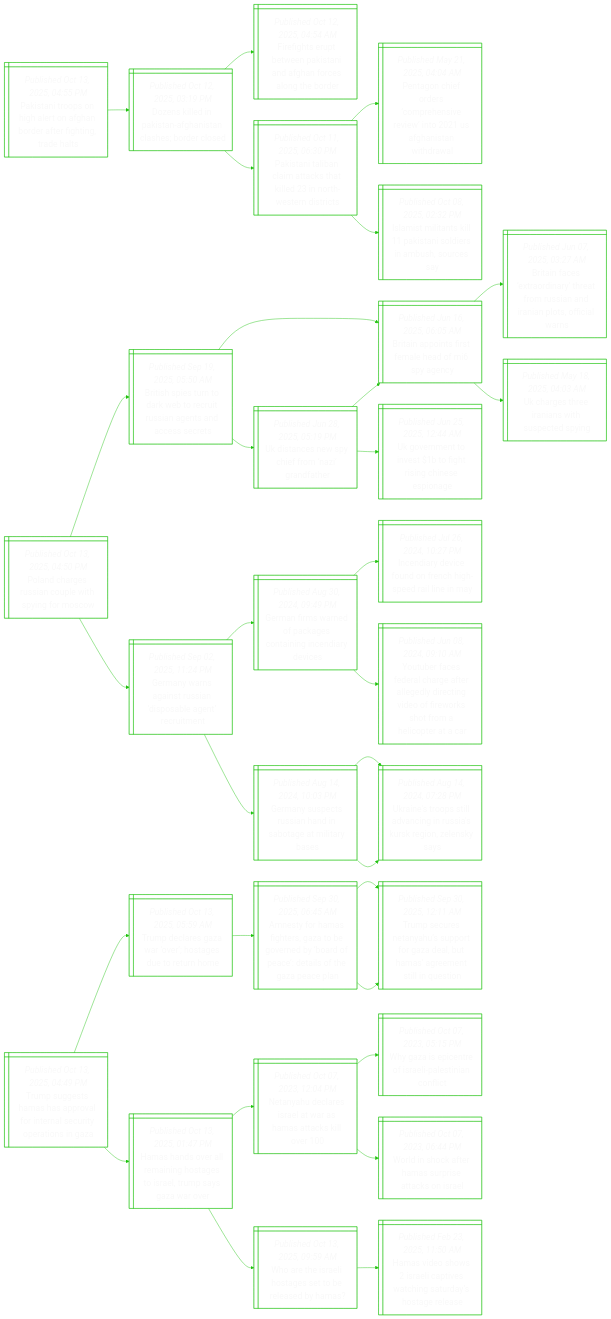
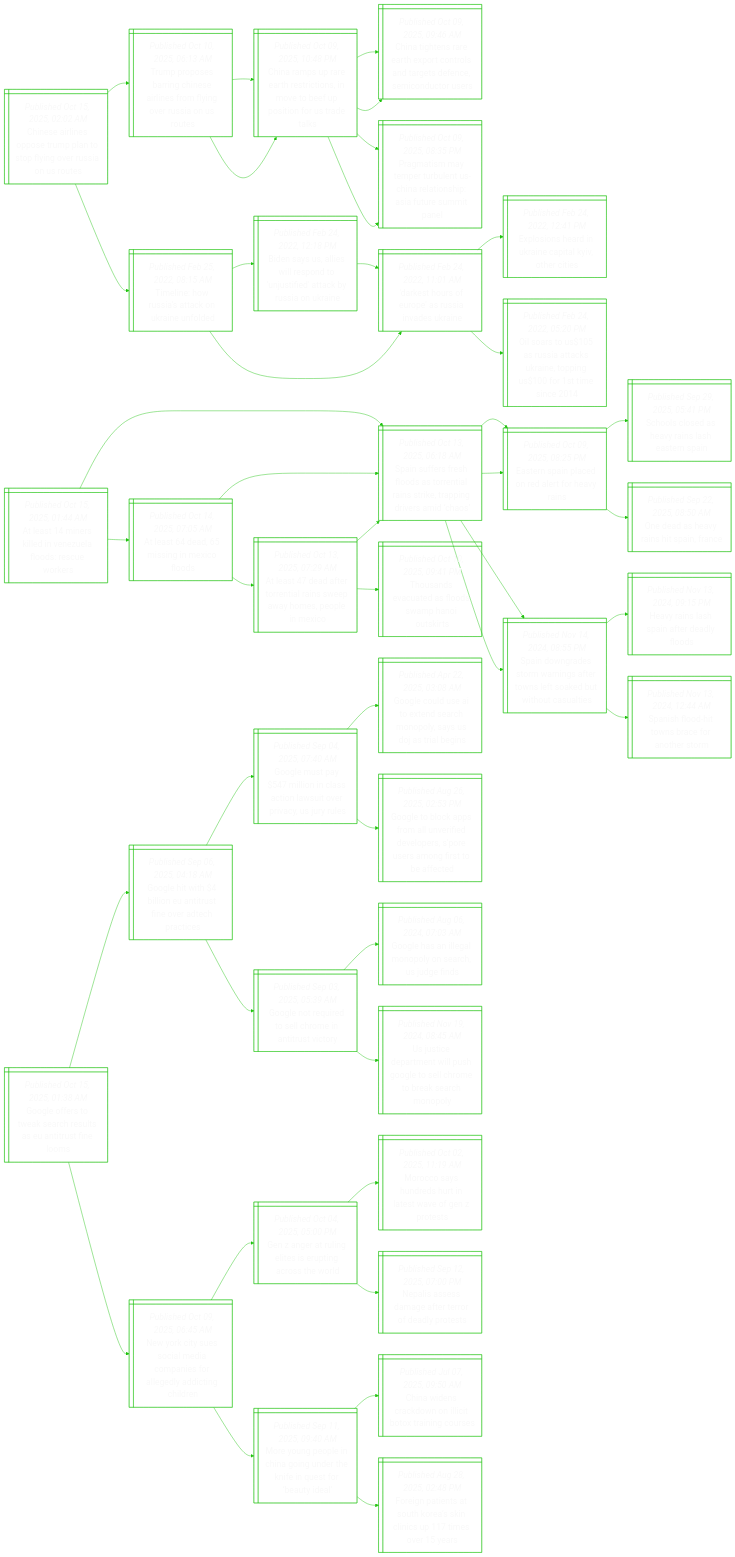
Before and after one commit to notJmes/notJmes: the diagram in README.md, drawn with Mermaid. The commit also changed other lines of this file, not shown here.

````diff
--- a/README.md
+++ b/README.md
@@ -16,103 +16,139 @@
 flowchart LR
 classDef txtsize font-size:20px;
 
-Ptrohtgoafial@{ shape: win-pane, label: "_Published Oct 13, 2025, 04:55 PM_
-Pakistani troops on high alert on afghan border after fighting, trade halts" }
-Dseaahtabre@{ shape: win-pane, label: "_Published Oct 12, 2025, 03:19 PM_
-Dozens killed in pakistan-afghanistan clashes; border closed" }
-Fiebeiiffsgo@{ shape: win-pane, label: "_Published Oct 12, 2025, 04:54 AM_
-Firefights erupt between pakistani and afghan forces along the border" }
-Ptanmcalnwrts@{ shape: win-pane, label: "_Published Oct 11, 2025, 06:30 PM_
-Pakistani taliban claim attacks that killed 23 in north-western districts" }
-Pgidohvitfiwr@{ shape: win-pane, label: "_Published May 21, 2025, 04:04 AM_
-Pentagon chief orders ‘comprehensive review’ into 2021 us afghanistan withdrawal" }
-Iiltlsseahcy@{ shape: win-pane, label: "_Published Oct 08, 2025, 02:32 PM_
-Islamist militants kill 11 pakistani soldiers in ambush, sources say" }
+CsloeptpnriSe@{ shape: win-pane, label: "_Published Oct 15, 2025, 02:02 AM_
+Chinese airlines oppose trump plan to stop flying over russia on us routes" }
+TpsrCslflouoo@{ shape: win-pane, label: "_Published Oct 10, 2025, 06:13 AM_
+Trump proposes barring chinese airlines from flying over russia on us routes" }
+Cruehromouiftt@{ shape: win-pane, label: "_Published Oct 09, 2025, 10:48 PM_
+China ramps up rare earth restrictions, in move to beef up position for us trade talks" }
+Ctertonsasnmdrs@{ shape: win-pane, label: "_Published Oct 09, 2025, 09:46 AM_
+China tightens rare earth export controls and targets defence, semiconductor users" }
+PammueCriiarmn@{ shape: win-pane, label: "_Published Oct 09, 2025, 08:35 PM_
+Pragmatism may temper turbulent us-china relationship: asia future summit panel" }
+Cruehromouiftt@{ shape: win-pane, label: "_Published Oct 09, 2025, 10:48 PM_
+China ramps up rare earth restrictions, in move to beef up position for us trade talks" }
+Ctertonsasnmdrs@{ shape: win-pane, label: "_Published Oct 09, 2025, 09:46 AM_
+China tightens rare earth export controls and targets defence, semiconductor users" }
+PammueCriiarmn@{ shape: win-pane, label: "_Published Oct 09, 2025, 08:35 PM_
+Pragmatism may temper turbulent us-china relationship: asia future summit panel" }
+Tiwitnifd@{ shape: win-pane, label: "_Published Feb 25, 2022, 08:15 AM_
+Timeline: how russia's attack on ukraine unfolded" }
+DsruasvUn@{ shape: win-pane, label: "_Published Feb 24, 2022, 11:01 AM_
+'darkest hours of europe' as russia invades ukraine" }
+Eshiaalocs@{ shape: win-pane, label: "_Published Feb 24, 2022, 12:41 PM_
+Explosions heard in ukraine capital kyiv, other cities" }
+OaUuakaogrmc@{ shape: win-pane, label: "_Published Feb 24, 2022, 05:20 PM_
+Oil soars to us$105 as russia attacks ukraine, topping us$100 for 1st time since 2014" }
+BsSeloutdcuoa@{ shape: win-pane, label: "_Published Feb 24, 2022, 12:18 PM_
+Biden says us, allies will respond to 'unjustified' attack by russia on ukraine" }
+DsruasvUn@{ shape: win-pane, label: "_Published Feb 24, 2022, 11:01 AM_
+'darkest hours of europe' as russia invades ukraine" }
 
-Ptrohtgoafial:::txtsize --> Dseaahtabre:::txtsize
-Dseaahtabre:::txtsize --> Fiebeiiffsgo:::txtsize
-Dseaahtabre:::txtsize --> Ptanmcalnwrts:::txtsize
-Ptanmcalnwrts:::txtsize --> Pgidohvitfiwr:::txtsize
-Ptanmcalnwrts:::txtsize --> Iiltlsseahcy:::txtsize
+CsloeptpnriSe:::txtsize --> TpsrCslflouoo:::txtsize
+TpsrCslflouoo:::txtsize --> Cruehromouiftt:::txtsize
+Cruehromouiftt:::txtsize --> Ctertonsasnmdrs:::txtsize
+Cruehromouiftt:::txtsize --> PammueCriiarmn:::txtsize
+TpsrCslflouoo:::txtsize --> Cruehromouiftt:::txtsize
+Cruehromouiftt:::txtsize --> Ctertonsasnmdrs:::txtsize
+Cruehromouiftt:::txtsize --> PammueCriiarmn:::txtsize
+CsloeptpnriSe:::txtsize --> Tiwitnifd:::txtsize
+Tiwitnifd:::txtsize --> DsruasvUn:::txtsize
+DsruasvUn:::txtsize --> Eshiaalocs:::txtsize
+DsruasvUn:::txtsize --> OaUuakaogrmc:::txtsize
+Tiwitnifd:::txtsize --> BsSeloutdcuoa:::txtsize
+BsSeloutdcuoa:::txtsize --> DsruasvUn:::txtsize
 
-Pdgscesgo@{ shape: win-pane, label: "_Published Oct 13, 2025, 04:50 PM_
-Poland charges russian couple with spying for moscow" }
-Bsenrtruntase@{ shape: win-pane, label: "_Published Sep 19, 2025, 05:50 AM_
-British spies turn to dark web to recruit russian agents and access secrets" }
-Bioffeopn@{ shape: win-pane, label: "_Published Jun 16, 2025, 06:05 AM_
-Britain appoints first female head of mi6 spy agency" }
-BierittRaIatiw@{ shape: win-pane, label: "_Published Jun 07, 2025, 03:27 AM_
-Britain faces ‘extraordinary’ threat from russian and iranian plots, official warns" }
-Urhrnhesg@{ shape: win-pane, label: "_Published May 18, 2025, 04:03 AM_
-Uk charges three iranians with suspected spying" }
-Utspemgfr@{ shape: win-pane, label: "_Published Jun 28, 2025, 05:19 PM_
-Uk distances new spy chief from ‘nazi’ grandfather" }
-Bioffeopn@{ shape: win-pane, label: "_Published Jun 16, 2025, 06:05 AM_
-Britain appoints first female head of mi6 spy agency" }
-Uennbgsheo@{ shape: win-pane, label: "_Published Jun 25, 2025, 12:44 AM_
-Uk government to invest $1b to fight rising chinese espionage" }
-Gnniunoetun@{ shape: win-pane, label: "_Published Sep 02, 2025, 11:24 PM_
-Germany warns against russian ‘disposable agent’ recruitment" }
-Gnseaetneri@{ shape: win-pane, label: "_Published Aug 30, 2024, 09:49 PM_
-German firms warned of packages containing incendiary devices" }
-Iddedeieiey@{ shape: win-pane, label: "_Published Jul 26, 2024, 10:27 PM_
-Incendiary device found on french high-speed rail line in may" }
-Ybcdcergdtifwsrept@{ shape: win-pane, label: "_Published Jun 08, 2024, 09:10 AM_
-Youtuber faces federal charge after allegedly directing video of fireworks shot from a helicopter at a car" }
-GnpRadbelys@{ shape: win-pane, label: "_Published Aug 14, 2024, 10:03 PM_
-Germany suspects russian hand in sabotage at military bases" }
-UnotdiRasily@{ shape: win-pane, label: "_Published Aug 14, 2024, 07:28 PM_
-Ukraine's troops still advancing in russia's kursk region, zelensky says" }
-UnotdiRasily@{ shape: win-pane, label: "_Published Aug 14, 2024, 07:28 PM_
-Ukraine's troops still advancing in russia's kursk region, zelensky says" }
+Aselnzfsuk@{ shape: win-pane, label: "_Published Oct 15, 2025, 01:44 AM_
+At least 14 miners killed in venezuela floods: rescue workers" }
+AsdiMod@{ shape: win-pane, label: "_Published Oct 14, 2025, 07:05 AM_
+At least 64 dead, 65 missing in mexico floods" }
+Asdrelsphpex@{ shape: win-pane, label: "_Published Oct 13, 2025, 07:29 AM_
+At least 47 dead after torrential rains sweep away homes, people in mexico" }
+Ssrsotnrseprsc@{ shape: win-pane, label: "_Published Oct 13, 2025, 06:18 AM_
+Spain suffers fresh floods as torrential rains strike, trapping drivers amid ‘chaos’" }
+Tavtfspik@{ shape: win-pane, label: "_Published Oct 10, 2025, 09:41 PM_
+Thousands evacuated as floods swamp hanoi outskirts" }
+Ssrsotnrseprsc@{ shape: win-pane, label: "_Published Oct 13, 2025, 06:18 AM_
+Spain suffers fresh floods as torrential rains strike, trapping drivers amid ‘chaos’" }
+Ericrerys@{ shape: win-pane, label: "_Published Oct 09, 2025, 08:25 PM_
+Eastern spain placed on red alert for heavy rains" }
+Sdrswntwfktosi@{ shape: win-pane, label: "_Published Nov 14, 2024, 08:55 PM_
+Spain downgrades storm warnings after towns left soaked but without casualties" }
+Ssrsotnrseprsc@{ shape: win-pane, label: "_Published Oct 13, 2025, 06:18 AM_
+Spain suffers fresh floods as torrential rains strike, trapping drivers amid ‘chaos’" }
+Ericrerys@{ shape: win-pane, label: "_Published Oct 09, 2025, 08:25 PM_
+Eastern spain placed on red alert for heavy rains" }
+Slshrlann@{ shape: win-pane, label: "_Published Sep 29, 2025, 05:41 PM_
+Schools closed as heavy rains lash eastern spain" }
+Oaeaiin@{ shape: win-pane, label: "_Published Sep 22, 2025, 08:50 AM_
+One dead as heavy rains hit spain, france" }
+Sdrswntwfktosi@{ shape: win-pane, label: "_Published Nov 14, 2024, 08:55 PM_
+Spain downgrades storm warnings after towns left soaked but without casualties" }
+Hrlpfefs@{ shape: win-pane, label: "_Published Nov 13, 2024, 09:15 PM_
+Heavy rains lash spain after deadly floods" }
+Ssotbfos@{ shape: win-pane, label: "_Published Nov 13, 2024, 12:44 AM_
+Spanish flood-hit towns brace for another storm" }
 
-Pdgscesgo:::txtsize --> Bsenrtruntase:::txtsize
-Bsenrtruntase:::txtsize --> Bioffeopn:::txtsize
-Bioffeopn:::txtsize --> BierittRaIatiw:::txtsize
-Bioffeopn:::txtsize --> Urhrnhesg:::txtsize
-Bsenrtruntase:::txtsize --> Utspemgfr:::txtsize
-Utspemgfr:::txtsize --> Bioffeopn:::txtsize
-Utspemgfr:::txtsize --> Uennbgsheo:::txtsize
-Pdgscesgo:::txtsize --> Gnniunoetun:::txtsize
-Gnniunoetun:::txtsize --> Gnseaetneri:::txtsize
-Gnseaetneri:::txtsize --> Iddedeieiey:::txtsize
-Gnseaetneri:::txtsize --> Ybcdcergdtifwsrept:::txtsize
-Gnniunoetun:::txtsize --> GnpRadbelys:::txtsize
-GnpRadbelys:::txtsize --> UnotdiRasily:::txtsize
-GnpRadbelys:::txtsize --> UnotdiRasily:::txtsize
+Aselnzfsuk:::txtsize --> AsdiMod:::txtsize
+AsdiMod:::txtsize --> Asdrelsphpex:::txtsize
+Asdrelsphpex:::txtsize --> Ssrsotnrseprsc:::txtsize
+Asdrelsphpex:::txtsize --> Tavtfspik:::txtsize
+AsdiMod:::txtsize --> Ssrsotnrseprsc:::txtsize
+Ssrsotnrseprsc:::txtsize --> Ericrerys:::txtsize
+Ssrsotnrseprsc:::txtsize --> Sdrswntwfktosi:::txtsize
+Aselnzfsuk:::txtsize --> Ssrsotnrseprsc:::txtsize
+Ssrsotnrseprsc:::txtsize --> Ericrerys:::txtsize
+Ericrerys:::txtsize --> Slshrlann:::txtsize
+Ericrerys:::txtsize --> Oaeaiin:::txtsize
+Ssrsotnrseprsc:::txtsize --> Sdrswntwfktosi:::txtsize
+Sdrswntwfktosi:::txtsize --> Hrlpfefs:::txtsize
+Sdrswntwfktosi:::txtsize --> Ssotbfos:::txtsize
 
-TssmsooesieoG@{ shape: win-pane, label: "_Published Oct 13, 2025, 04:49 PM_
-Trump suggests hamas has approval for internal security operations in gaza" }
-Tdrzooetum@{ shape: win-pane, label: "_Published Oct 13, 2025, 05:59 AM_
-Trump declares gaza war ‘over’; hostages due to return home" }
-AtHfezerydatoGel@{ shape: win-pane, label: "_Published Sep 30, 2025, 06:45 AM_
-Amnesty for hamas fighters, gaza to be governed by ‘board of peace’: details of the gaza peace plan" }
-Tseaupoabmrnluo@{ shape: win-pane, label: "_Published Sep 30, 2025, 12:11 AM_
-Trump secures netanyahu’s support for gaza deal, but hamas’ agreement still in question" }
-Tseaupoabmrnluo@{ shape: win-pane, label: "_Published Sep 30, 2025, 12:11 AM_
-Trump secures netanyahu’s support for gaza deal, but hamas’ agreement still in question" }
-Hholagaoemswe@{ shape: win-pane, label: "_Published Oct 13, 2025, 01:47 PM_
-Hamas hands over all remaining hostages to israel, trump says gaza war over" }
-NyeeawHakl@{ shape: win-pane, label: "_Published Oct 07, 2023, 12:04 PM_
-Netanyahu declares israel at war as hamas attacks kill over 100" }
-WzptIleint@{ shape: win-pane, label: "_Published Oct 07, 2023, 05:15 PM_
-Why gaza is epicentre of israeli-palestinian conflict" }
-Wiceapaks@{ shape: win-pane, label: "_Published Oct 07, 2023, 06:44 PM_
-World in shock after hamas surprise attacks on israel" }
-Wesiaeeays@{ shape: win-pane, label: "_Published Oct 13, 2025, 09:59 AM_
-Who are the israeli hostages set to be released by hamas?" }
-HvsIltwitytee@{ shape: win-pane, label: "_Published Feb 23, 2025, 11:50 AM_
-Hamas video shows 2 israeli captives watching saturday’s hostage release" }
+GerwertUtfo@{ shape: win-pane, label: "_Published Oct 15, 2025, 01:38 AM_
+Google offers to tweak search results as eu antitrust fine looms" }
+GeilEitodpi@{ shape: win-pane, label: "_Published Sep 06, 2025, 04:18 AM_
+Google hit with $4 billion eu antitrust fine over adtech practices" }
+Geplisiworyre@{ shape: win-pane, label: "_Published Sep 04, 2025, 07:40 AM_
+Google must pay $547 million in class action lawsuit over privacy, us jury rules" }
+GedItemoyOre@{ shape: win-pane, label: "_Published Apr 22, 2025, 03:08 AM_
+Google could use ai to extend search monopoly, says us doj as trial begins" }
+Geopmnfeppsmiofd@{ shape: win-pane, label: "_Published Aug 26, 2025, 02:53 PM_
+Google to block apps from all unverified developers, s’pore users among first to be affected" }
+Geeeerntvr@{ shape: win-pane, label: "_Published Sep 03, 2025, 05:39 AM_
+Google not required to sell chrome in antitrust victory" }
+GengnyaSes@{ shape: win-pane, label: "_Published Aug 06, 2024, 07:03 AM_
+Google has an illegal monopoly on search, us judge finds" }
+Utemisgshtarny@{ shape: win-pane, label: "_Published Nov 19, 2024, 08:45 AM_
+Us justice department will push google to sell chrome to break search monopoly" }
+Nryslaaflligd@{ shape: win-pane, label: "_Published Oct 09, 2025, 06:45 AM_
+New york city sues social media companies for allegedly addicting children" }
+Gntnteirhl@{ shape: win-pane, label: "_Published Oct 04, 2025, 05:00 PM_
+Gen z anger at ruling elites is erupting across the world" }
+McsrultoZe@{ shape: win-pane, label: "_Published Oct 02, 2025, 11:19 AM_
+Morocco says hundreds hurt in latest wave of gen z protests" }
+Niemfeodos@{ shape: win-pane, label: "_Published Sep 12, 2025, 07:00 PM_
+Nepalis assess damage after terror of deadly protests" }
+Moeinnekisbyl@{ shape: win-pane, label: "_Published Sep 11, 2025, 09:40 AM_
+More young people in china going under the knife in quest for ‘beauty ideal’" }
+Cwskoiornr@{ shape: win-pane, label: "_Published Jul 07, 2025, 09:50 AM_
+China widens crackdown on illicit botox training courses" }
+Fgiateinpsy@{ shape: win-pane, label: "_Published Aug 28, 2025, 02:48 PM_
+Foreign patients at south korea’s skin clinics up 117 times over 15 years" }
 
-TssmsooesieoG:::txtsize --> Tdrzooetum:::txtsize
-Tdrzooetum:::txtsize --> AtHfezerydatoGel:::txtsize
-AtHfezerydatoGel:::txtsize --> Tseaupoabmrnluo:::txtsize
-AtHfezerydatoGel:::txtsize --> Tseaupoabmrnluo:::txtsize
-TssmsooesieoG:::txtsize --> Hholagaoemswe:::txtsize
-Hholagaoemswe:::txtsize --> NyeeawHakl:::txtsize
-NyeeawHakl:::txtsize --> WzptIleint:::txtsize
-NyeeawHakl:::txtsize --> Wiceapaks:::txtsize
-Hholagaoemswe:::txtsize --> Wesiaeeays:::txtsize
-Wesiaeeays:::txtsize --> HvsIltwitytee:::txtsize
+GerwertUtfo:::txtsize --> GeilEitodpi:::txtsize
+GeilEitodpi:::txtsize --> Geplisiworyre:::txtsize
+Geplisiworyre:::txtsize --> GedItemoyOre:::txtsize
+Geplisiworyre:::txtsize --> Geopmnfeppsmiofd:::txtsize
+GeilEitodpi:::txtsize --> Geeeerntvr:::txtsize
+Geeeerntvr:::txtsize --> GengnyaSes:::txtsize
+Geeeerntvr:::txtsize --> Utemisgshtarny:::txtsize
+GerwertUtfo:::txtsize --> Nryslaaflligd:::txtsize
+Nryslaaflligd:::txtsize --> Gntnteirhl:::txtsize
+Gntnteirhl:::txtsize --> McsrultoZe:::txtsize
+Gntnteirhl:::txtsize --> Niemfeodos:::txtsize
+Nryslaaflligd:::txtsize --> Moeinnekisbyl:::txtsize
+Moeinnekisbyl:::txtsize --> Cwskoiornr:::txtsize
+Moeinnekisbyl:::txtsize --> Fgiateinpsy:::txtsize
 
 ```
````
